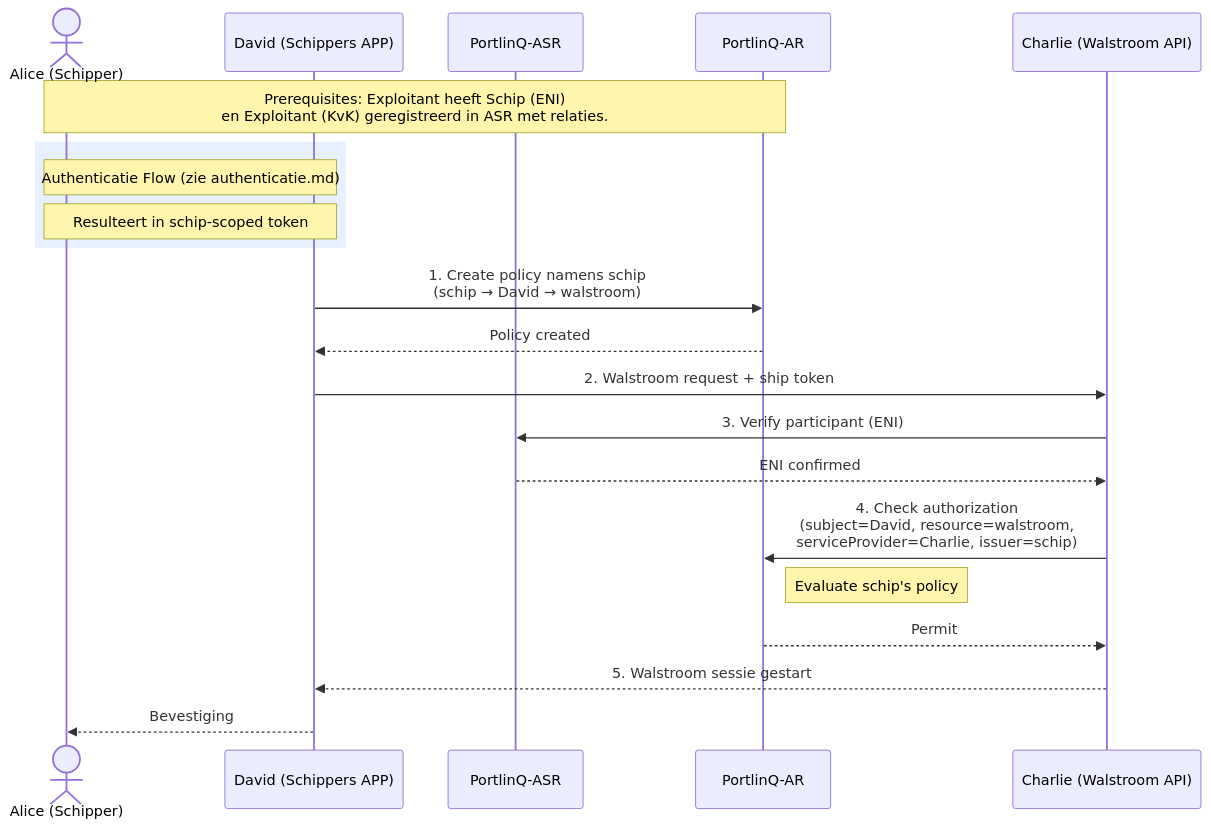
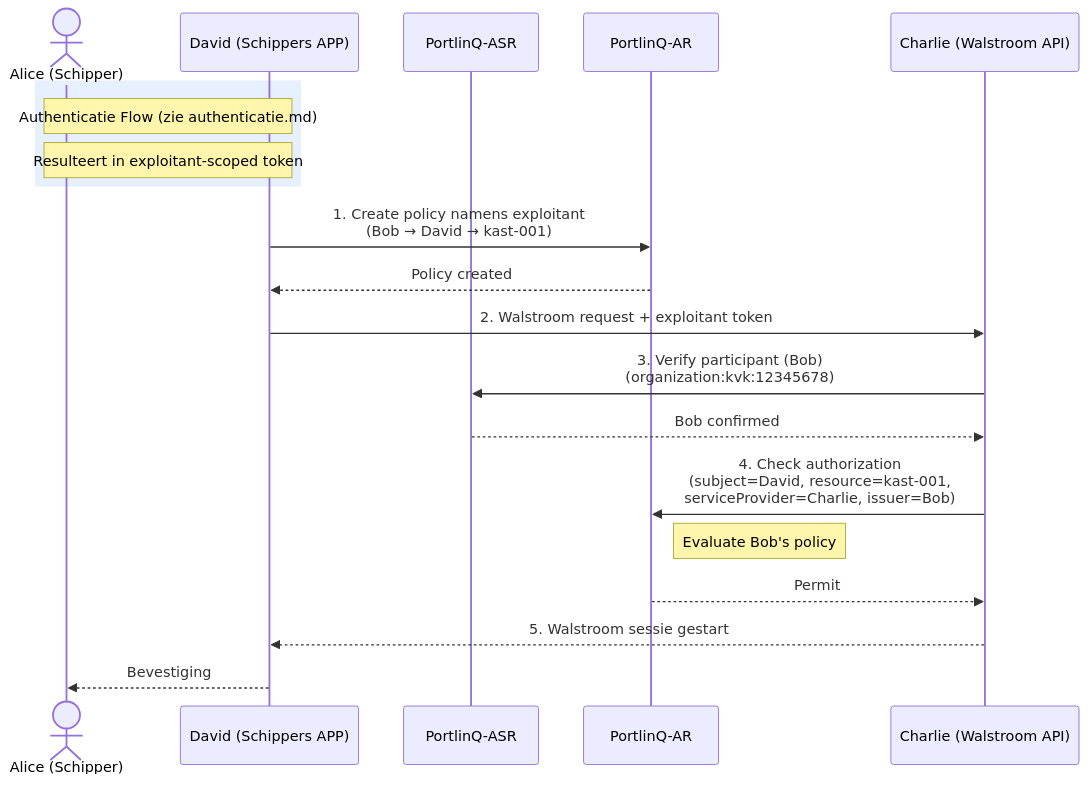
Before and after one commit to POORT8/Poort8.Docs: the diagram in portlinq/walstroom-toegang.md, drawn with Mermaid. The commit also changed other lines of this file and 4 other files, not shown here.

````diff
--- a/portlinq/walstroom-toegang.md
+++ b/portlinq/walstroom-toegang.md
@@ -15,26 +13,25 @@
 ```mermaid
 sequenceDiagram
     actor Alice as Alice (Schipper)
     participant David as David (Schippers APP)
     participant ASR as PortlinQ-ASR
     participant AR as PortlinQ-AR
     participant Charlie as Charlie (Walstroom API)
-    Note over Alice,AR: Prerequisites: Exploitant heeft Schip (ENI)<br/>en Exploitant (KvK) geregistreerd in ASR met relaties.
 
     rect rgb(230, 240, 255)
         Note over Alice,David: Authenticatie Flow (zie authenticatie.md)
-        Note over Alice,David: Resulteert in schip-scoped token
+        Note over Alice,David: Resulteert in exploitant-scoped token
     end
 
-    David->>AR: 1. Create policy namens schip<br/>(schip → David → walstroom)
+    David->>AR: 1. Create policy namens exploitant<br/>(Bob → David → kast-001)
     AR-->>David: Policy created
 
-    David->>Charlie: 2. Walstroom request + ship token
-    Charlie->>ASR: 3. Verify participant (ENI)
-    ASR-->>Charlie: ENI confirmed
-    Charlie->>AR: 4. Check authorization<br/>(subject=David, resource=walstroom,<br/>serviceProvider=Charlie, issuer=schip)
-    Note right of AR: Evaluate schip's policy
+    David->>Charlie: 2. Walstroom request + exploitant token
+    Charlie->>ASR: 3. Verify participant (Bob)<br/>(organization:kvk:12345678)
+    ASR-->>Charlie: Bob confirmed
+    Charlie->>AR: 4. Check authorization<br/>(subject=David, resource=kast-001,<br/>serviceProvider=Charlie, issuer=Bob)
+    Note right of AR: Evaluate Bob's policy
     AR-->>Charlie: Permit
     Charlie-->>David: 5. Walstroom sessie gestart
     David-->>Alice: Bevestiging
 ```
````
